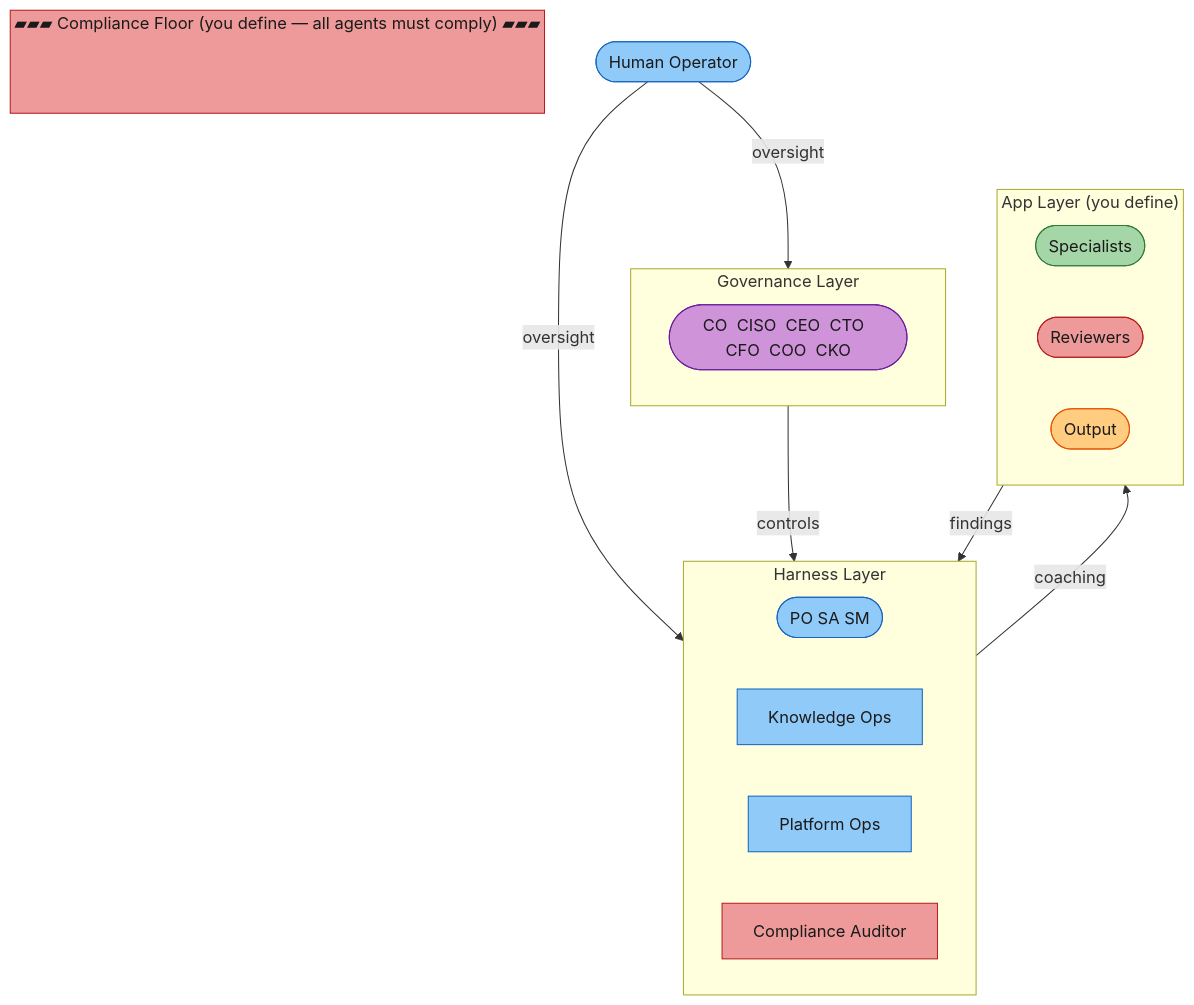
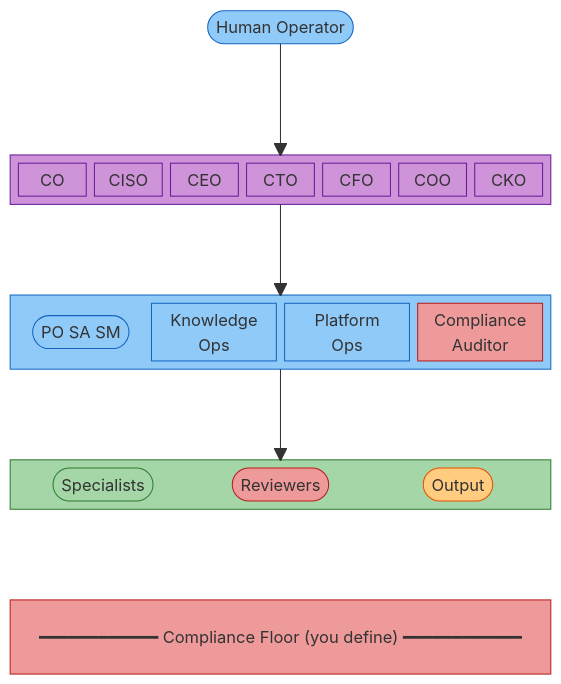
Before and after one commit to rdunie/venutian-antfarm: the first of 5 diagrams in README.md, drawn with Mermaid.

Commit message:
docs: redesign architecture as block diagram with floor spanning full width
Block-beta layout with 7-column grid. Compliance floor is a full-width
bar at the bottom. Governance, harness, and app layers stack vertically
with clean downward arrows. No crossing edges.

````diff
--- a/README.md
+++ b/README.md
@@ -49,47 +49,55 @@
 ```mermaid
-flowchart TD
-    USER(["Human Operator"])
+block-beta
+    columns 7
 
-    subgraph Gov ["Governance Layer"]
-        direction LR
-        GOV(["CO  CISO  CEO  CTO  CFO  COO  CKO"])
+    space:2 USER(["Human Operator"]):3 space:2
+
+    space:7
+
+    block:Gov:7
+        columns 7
+        CO["CO"] CISO["CISO"] CEO["CEO"] CTO["CTO"] CFO["CFO"] COO["COO"] CKO["CKO"]
     end
 
-    subgraph Harness ["Harness Layer"]
-        direction LR
-        S(["PO  SA  SM"])
-        MM["Knowledge Ops"]
-        PO_OPS["Platform Ops"]
-        CA["Compliance Auditor"]
+    space:7
+
+    block:Harness:7
+        columns 4
+        S(["PO  SA  SM"]) MM["Knowledge\nOps"] POPS["Platform\nOps"] CA["Compliance\nAuditor"]
     end
 
-    subgraph AppLayer ["App Layer (you define)"]
-        direction LR
-        E(["Specialists"])
-        R(["Reviewers"])
-        O(["Output"])
+    space:7
+
+    block:App:7
+        columns 3
+        E(["Specialists"]) R(["Reviewers"]) O(["Output"])
     end
 
-    subgraph Floor ["▰▰▰  Compliance Floor (you define — all agents must comply)  ▰▰▰"]
-        direction LR
-        FLOOR_NOTE[" "]
-    end
+    space:7
 
-    USER -->|"oversight"| Gov
-    USER -->|"oversight"| Harness
-    Gov -->|"controls"| Harness
-    Harness -->|"coaching"| AppLayer
-    AppLayer -->|"findings"| Harness
+    FLOOR["━━━━━━━━━━━━  Compliance Floor (you define)  ━━━━━━━━━━━━"]:7
+
+    USER --> Gov
+    Gov --> Harness
+    Harness --> App
 
     style USER fill:#90caf9,stroke:#1565c0,color:#1a1a1a
-    style GOV fill:#ce93d8,stroke:#6a1b9a,color:#1a1a1a
+    style Gov fill:#ce93d8,stroke:#6a1b9a,color:#1a1a1a
+    style CO fill:#ce93d8,stroke:#6a1b9a,color:#1a1a1a
+    style CISO fill:#ce93d8,stroke:#6a1b9a,color:#1a1a1a
+    style CEO fill:#ce93d8,stroke:#6a1b9a,color:#1a1a1a
+    style CTO fill:#ce93d8,stroke:#6a1b9a,color:#1a1a1a
+    style CFO fill:#ce93d8,stroke:#6a1b9a,color:#1a1a1a
+    style COO fill:#ce93d8,stroke:#6a1b9a,color:#1a1a1a
+    style CKO fill:#ce93d8,stroke:#6a1b9a,color:#1a1a1a
+    style Harness fill:#90caf9,stroke:#1565c0,color:#1a1a1a
     style S fill:#90caf9,stroke:#1565c0,color:#1a1a1a
     style MM fill:#90caf9,stroke:#1565c0,color:#1a1a1a
-    style PO_OPS fill:#90caf9,stroke:#1565c0,color:#1a1a1a
+    style POPS fill:#90caf9,stroke:#1565c0,color:#1a1a1a
     style CA fill:#ef9a9a,stroke:#b71c1c,color:#1a1a1a
+    style App fill:#a5d6a7,stroke:#2e7d32,color:#1a1a1a
     style E fill:#a5d6a7,stroke:#2e7d32,color:#1a1a1a
     style R fill:#ef9a9a,stroke:#b71c1c,color:#1a1a1a
     style O fill:#ffcc80,stroke:#e65100,color:#1a1a1a
-    style FLOOR_NOTE fill:none,stroke:none
-    style Floor fill:#ef9a9a,stroke:#b71c1c,color:#1a1a1a
+    style FLOOR fill:#ef9a9a,stroke:#b71c1c,color:#1a1a1a
 ```
````
